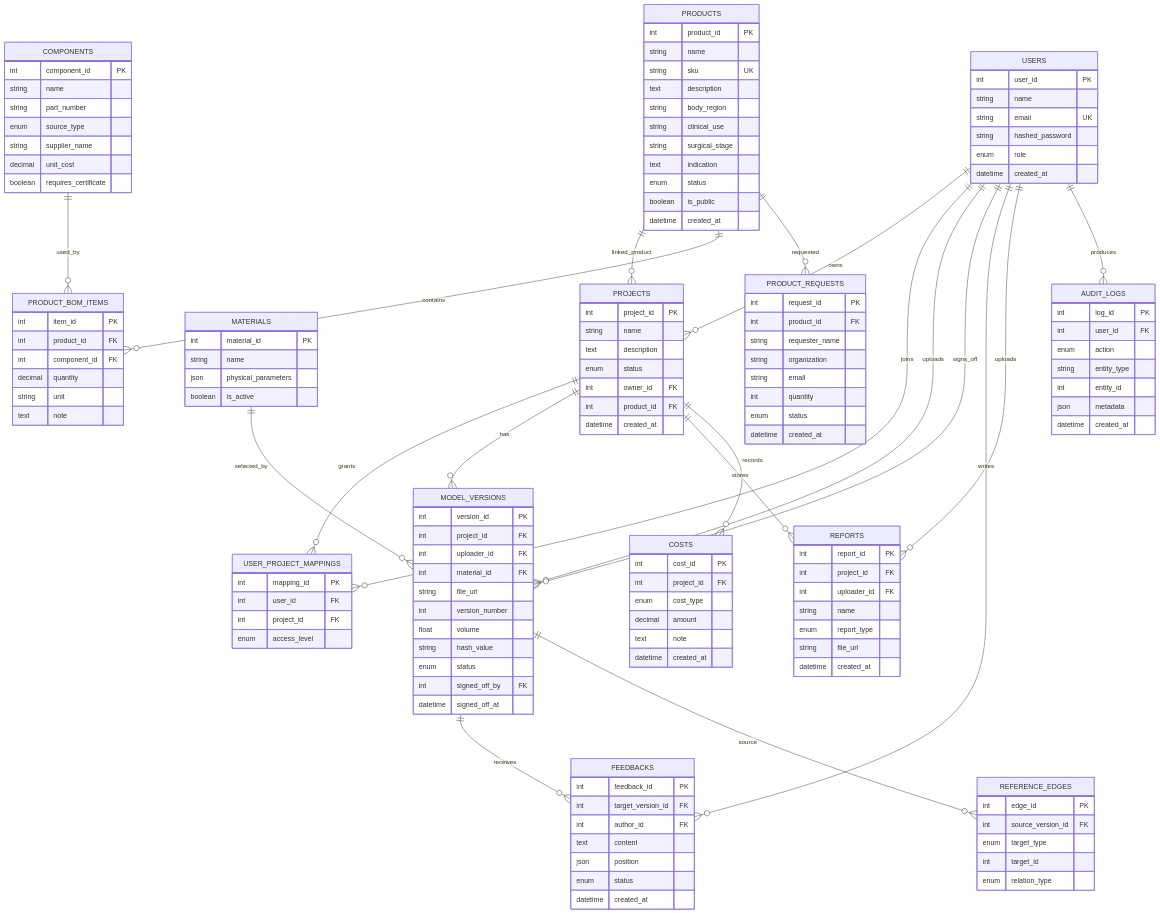
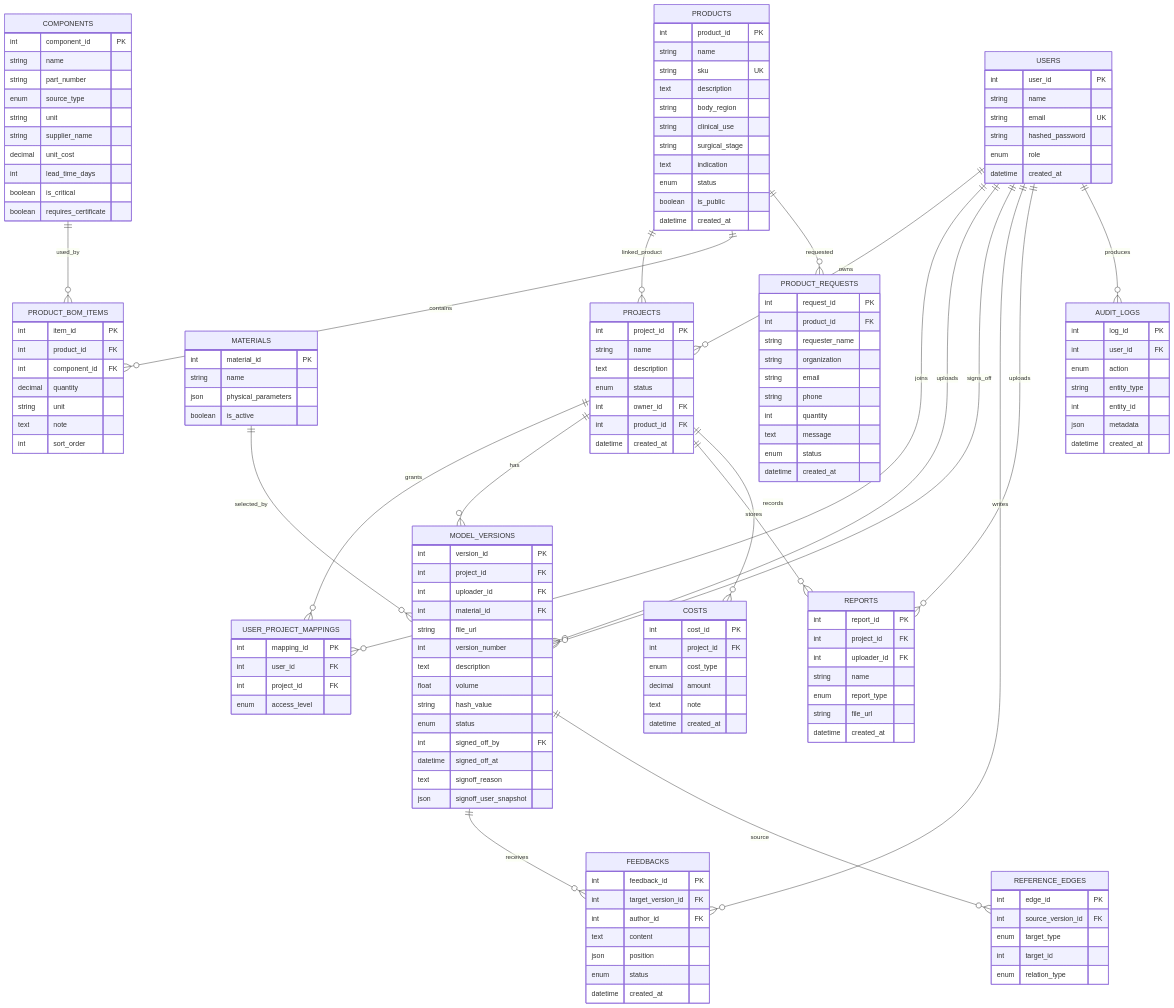
One commit to lalyuns/sleek-medtech changed the second of 6 diagrams in 期末專案報告.md. Above: the diagram before and after it, drawn with Mermaid. The commit also changed other lines of this file, not shown here.

```diff
--- a/期末專案報告.md
+++ b/期末專案報告.md
@@ -481,11 +481,14 @@
         int material_id FK
         string file_url
         int version_number
+        text description
         float volume
         string hash_value
         enum status
         int signed_off_by FK
         datetime signed_off_at
+        text signoff_reason
+        json signoff_user_snapshot
     }
 
     FEEDBACKS {
@@ -554,8 +557,11 @@
         string name
         string part_number
         enum source_type
+        string unit
         string supplier_name
         decimal unit_cost
+        int lead_time_days
+        boolean is_critical
         boolean requires_certificate
     }
 
@@ -566,6 +572,7 @@
         decimal quantity
         string unit
         text note
+        int sort_order
     }
 
     PRODUCT_REQUESTS {
@@ -574,7 +581,9 @@
         string requester_name
         string organization
         string email
+        string phone
         int quantity
+        text message
         enum status
         datetime created_at
     }
```
